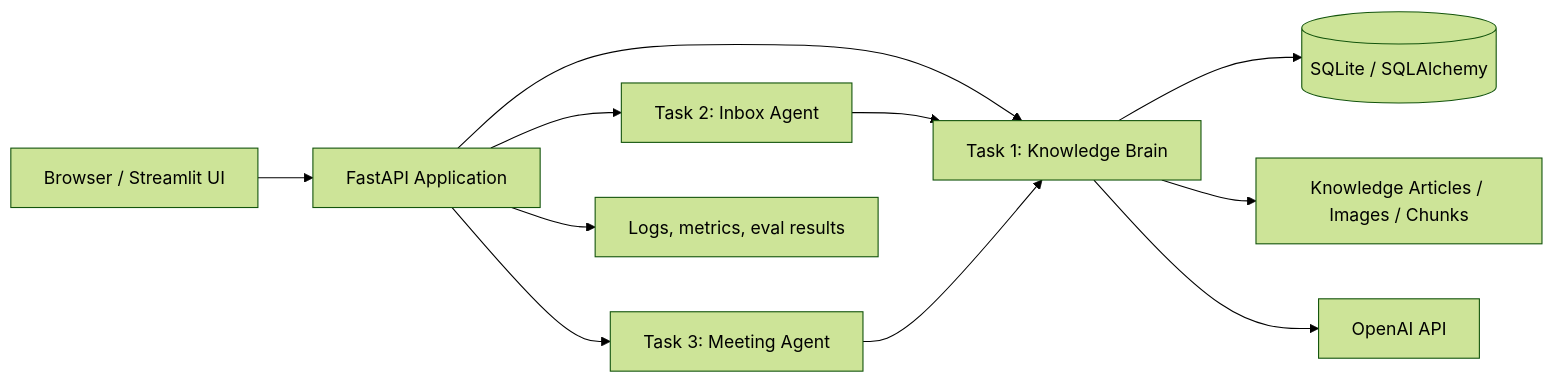
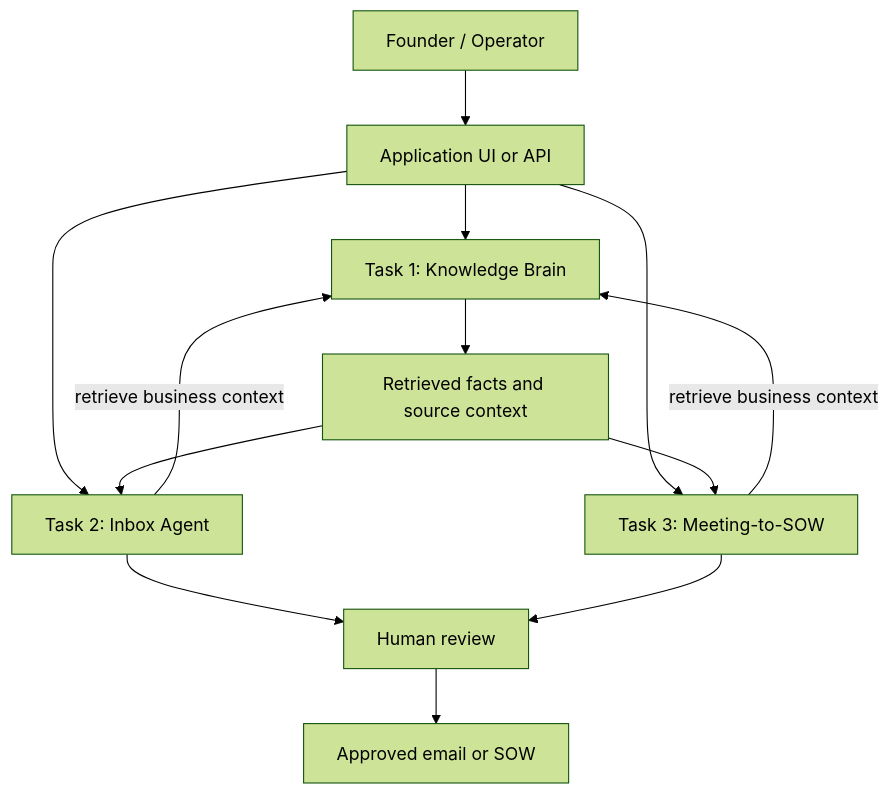
One commit to Aravind79-ara/business_ai_friend_helper changed the diagram in DESIGN.md. Above: the diagram before and after it, drawn with Mermaid (forest theme). The commit also changed other lines of this file and 3 other files, not shown here.

````diff
--- a/DESIGN.md
+++ b/DESIGN.md
@@ -175,16 +58,15 @@
 ```mermaid
-flowchart LR
-    UI[Browser / Streamlit UI] --> API[FastAPI Application]
-    API --> KB[Task 1: Knowledge Brain]
-    API --> INBOX[Task 2: Inbox Agent]
-    API --> MEET[Task 3: Meeting Agent]
-
-    KB --> DB[(SQLite / SQLAlchemy)]
-    KB --> DOCS[Knowledge Articles / Images / Chunks]
-    INBOX --> KB
-    MEET --> KB
-
-    KB --> OPENAI[OpenAI API]
-
-    API --> OBS[Logs, metrics, eval results]
+flowchart TD
+    U[Founder / Operator] --> UI[Application UI or API]
+    UI --> K[Task 1: Knowledge Brain]
+    UI --> I[Task 2: Inbox Agent]
+    UI --> S[Task 3: Meeting-to-SOW]
+    I -->|retrieve business context| K
+    S -->|retrieve business context| K
+    K --> R[Retrieved facts and source context]
+    R --> I
+    R --> S
+    I --> H[Human review]
+    S --> H
+    H --> O[Approved email or SOW]
 ```
````
